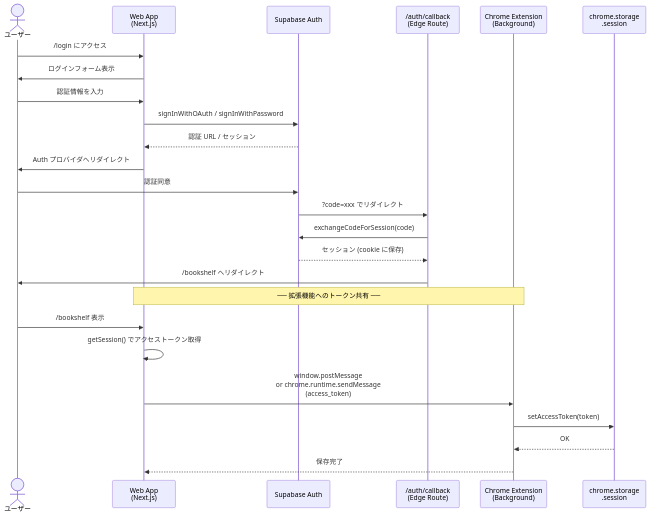
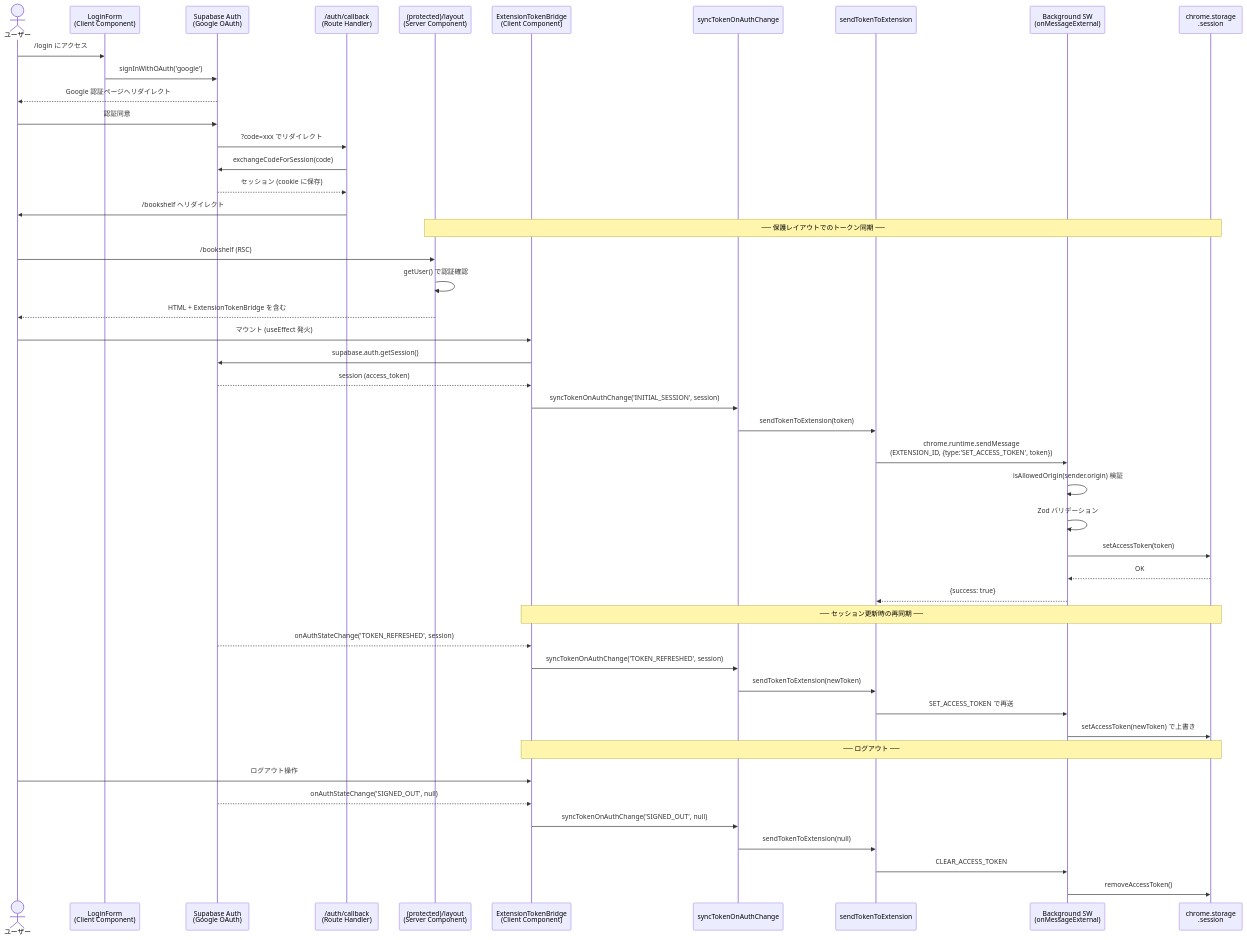
Before and after one commit to Shrimprin/bookshub: the first of 4 diagrams in docs/specs/sequence_diagrams.md, drawn with Mermaid. The commit also changed other lines of this file and 3 other files, not shown here.

````diff
--- a/docs/specs/sequence_diagrams.md
+++ b/docs/specs/sequence_diagrams.md
@@ -24,30 +24,56 @@
 ```mermaid
 sequenceDiagram
     actor User as ユーザー
-    participant Web as Web App<br/>(Next.js)
-    participant Auth as Supabase Auth
-    participant Callback as /auth/callback<br/>(Edge Route)
-    participant Ext as Chrome Extension<br/>(Background)
+    participant Login as LoginForm<br/>(Client Component)
+    participant Auth as Supabase Auth<br/>(Google OAuth)
+    participant Callback as /auth/callback<br/>(Route Handler)
+    participant Layout as (protected)/layout<br/>(Server Component)
+    participant Bridge as ExtensionTokenBridge<br/>(Client Component)
+    participant Sync as syncTokenOnAuthChange
+    participant Sender as sendTokenToExtension
+    participant BG as Background SW<br/>(onMessageExternal)
     participant Storage as chrome.storage<br/>.session
 
-    User->>Web: /login にアクセス
-    Web->>User: ログインフォーム表示
-    User->>Web: 認証情報を入力
-    Web->>Auth: signInWithOAuth / signInWithPassword
-    Auth-->>Web: 認証 URL / セッション
-    Web->>User: Auth プロバイダへリダイレクト
+    User->>Login: /login にアクセス
+    Login->>Auth: signInWithOAuth('google')
+    Auth-->>User: Google 認証ページへリダイレクト
     User->>Auth: 認証同意
     Auth->>Callback: ?code=xxx でリダイレクト
     Callback->>Auth: exchangeCodeForSession(code)
     Auth-->>Callback: セッション (cookie に保存)
     Callback->>User: /bookshelf へリダイレクト
 
-    Note over Web,Ext: ── 拡張機能へのトークン共有 ──
+    Note over Layout,Storage: ── 保護レイアウトでのトークン同期 ──
 
-    User->>Web: /bookshelf 表示
-    Web->>Web: getSession() でアクセストークン取得
-    Web->>Ext: window.postMessage<br/>or chrome.runtime.sendMessage<br/>(access_token)
-    Ext->>Storage: setAccessToken(token)
-    Storage-->>Ext: OK
-    Ext-->>Web: 保存完了
+    User->>Layout: /bookshelf (RSC)
+    Layout->>Layout: getUser() で認証確認
+    Layout-->>User: HTML + ExtensionTokenBridge を含む
+    User->>Bridge: マウント (useEffect 発火)
+    Bridge->>Auth: supabase.auth.getSession()
+    Auth-->>Bridge: session (access_token)
+    Bridge->>Sync: syncTokenOnAuthChange('INITIAL_SESSION', session)
+    Sync->>Sender: sendTokenToExtension(token)
+    Sender->>BG: chrome.runtime.sendMessage<br/>(EXTENSION_ID, {type:'SET_ACCESS_TOKEN', token})
+    BG->>BG: isAllowedOrigin(sender.origin) 検証
+    BG->>BG: Zod バリデーション
+    BG->>Storage: setAccessToken(token)
+    Storage-->>BG: OK
+    BG-->>Sender: {success: true}
+
+    Note over Bridge,Storage: ── セッション更新時の再同期 ──
+
+    Auth-->>Bridge: onAuthStateChange('TOKEN_REFRESHED', session)
+    Bridge->>Sync: syncTokenOnAuthChange('TOKEN_REFRESHED', session)
+    Sync->>Sender: sendTokenToExtension(newToken)
+    Sender->>BG: SET_ACCESS_TOKEN で再送
+    BG->>Storage: setAccessToken(newToken) で上書き
+
+    Note over Bridge,Storage: ── ログアウト ──
+
+    User->>Bridge: ログアウト操作
+    Auth-->>Bridge: onAuthStateChange('SIGNED_OUT', null)
+    Bridge->>Sync: syncTokenOnAuthChange('SIGNED_OUT', null)
+    Sync->>Sender: sendTokenToExtension(null)
+    Sender->>BG: CLEAR_ACCESS_TOKEN
+    BG->>Storage: removeAccessToken()
 ```
````
